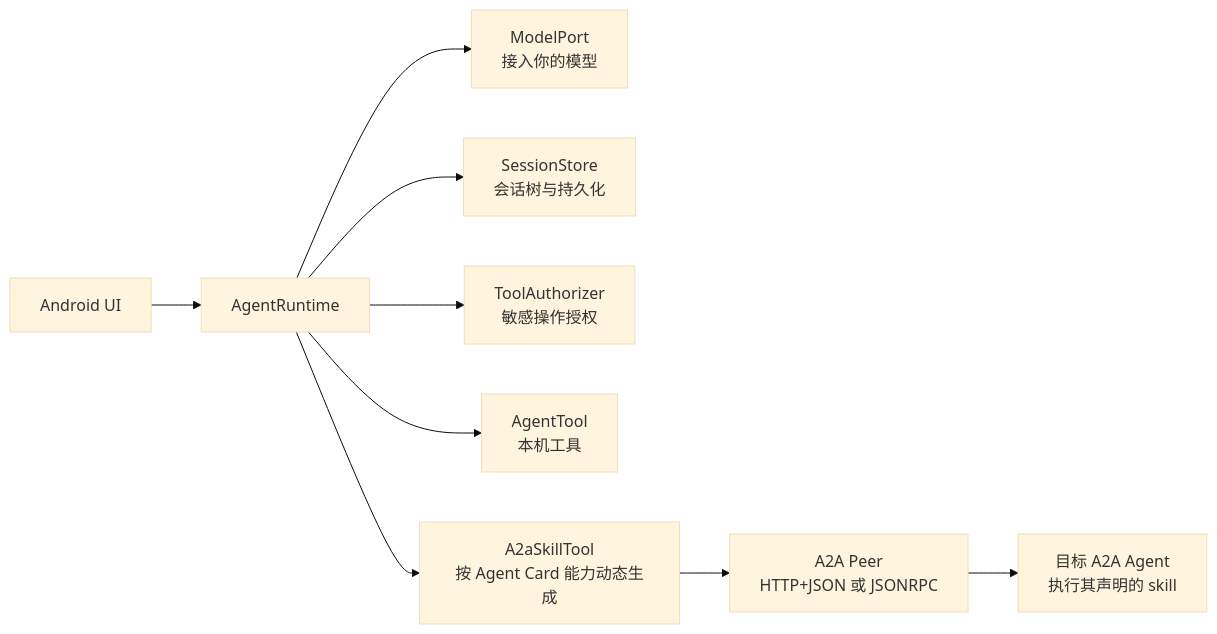
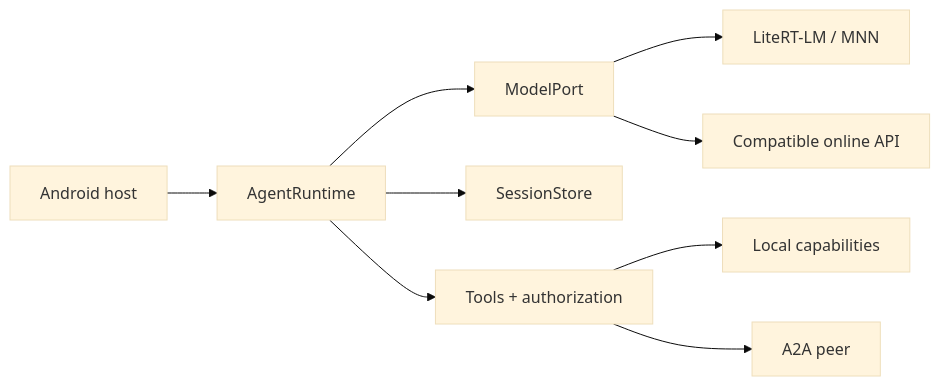
Before and after one commit to qhvssonic/kiora: the diagram in README.md, drawn with Mermaid (base theme). The commit also changed other lines of this file and 4 other files, not shown here.

````diff
--- a/README.md
+++ b/README.md
@@ -11,11 +83,11 @@
 ```mermaid
 flowchart LR
-    UI[Android UI] --> R[AgentRuntime]
-    R --> M[ModelPort<br/>接入你的模型]
-    R --> S[SessionStore<br/>会话树与持久化]
-    R --> P[ToolAuthorizer<br/>敏感操作授权]
-    R --> T[AgentTool<br/>本机工具]
-    R --> D[A2aSkillTool<br/>按 Agent Card 能力动态生成]
-    D --> C[A2A Peer<br/>HTTP+JSON 或 JSONRPC]
-    C --> Peer[目标 A2A Agent<br/>执行其声明的 skill]
+    Host[Android host] --> Runtime[AgentRuntime]
+    Runtime --> Model[ModelPort]
+    Model --> Local[LiteRT-LM / MNN]
+    Model --> Online[Compatible online API]
+    Runtime --> State[SessionStore]
+    Runtime --> Gate[Tools + authorization]
+    Gate --> Phone[Local capabilities]
+    Gate --> A2A[A2A peer]
 ```
````
